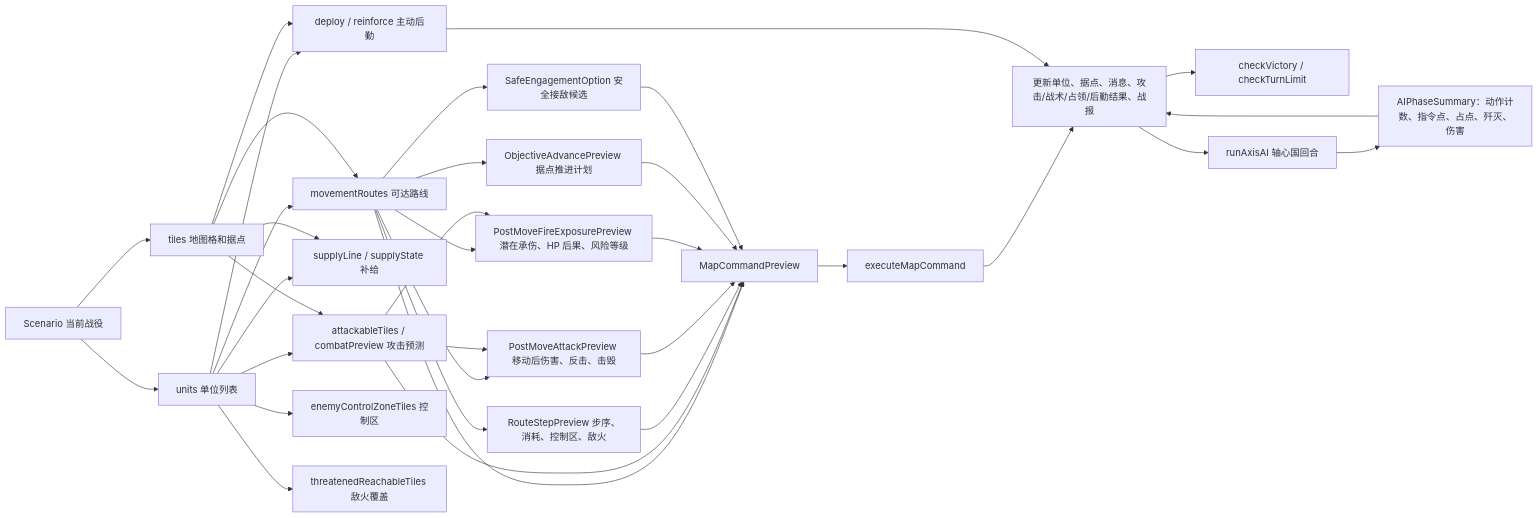
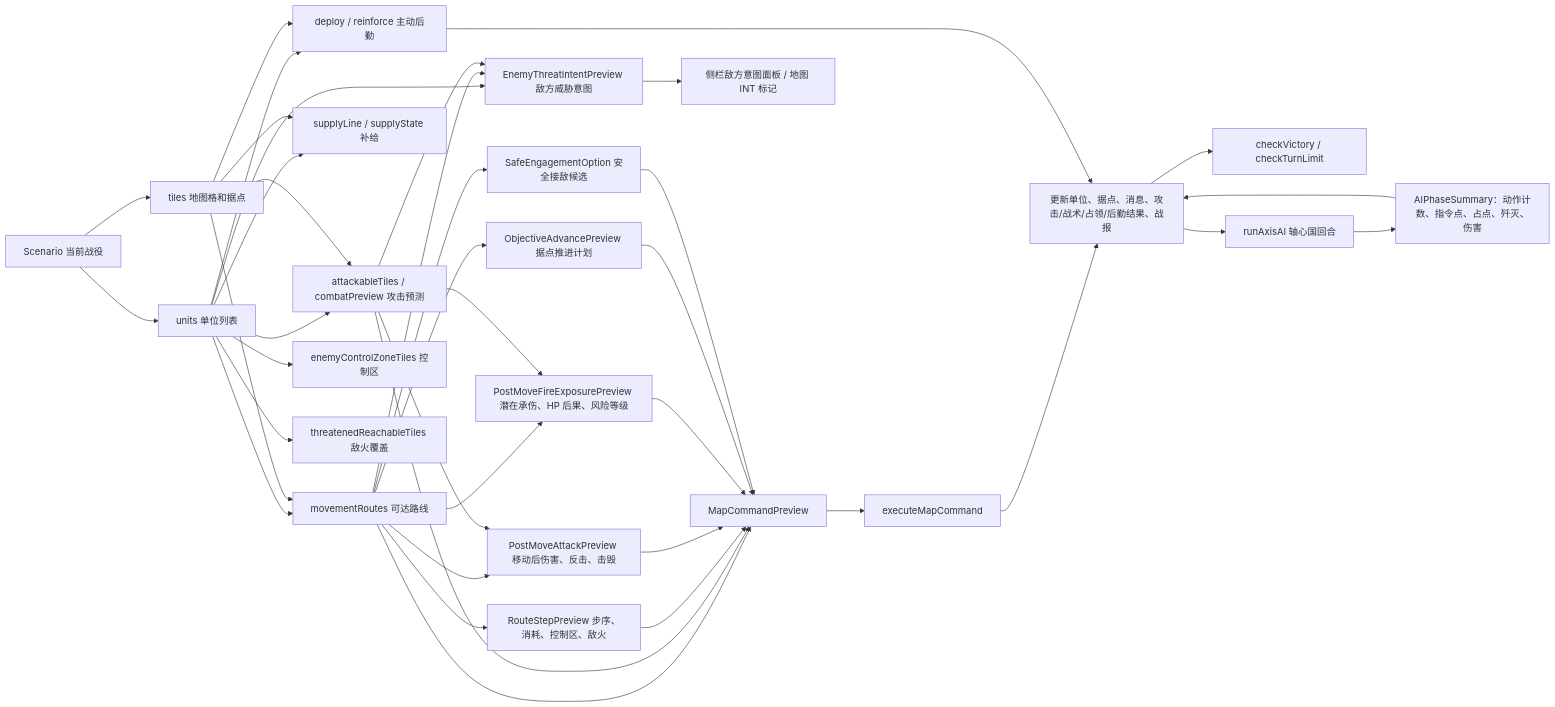
One commit to Altman-sam114/116 changed the third of 5 diagrams in md/flow/flowchart.md. Above: the diagram before and after it, drawn with Mermaid. The commit also changed other lines of this file and 10 other files, not shown here.

Commit message:
v1.10: 增强敌方威胁意图预判

````diff
--- a/md/flow/flowchart.md
+++ b/md/flow/flowchart.md
@@ -53,36 +55,40 @@
 ```mermaid
 flowchart LR
   S["Scenario 当前战役"] --> U["units 单位列表"]
   S --> T["tiles 地图格和据点"]
   U --> MV["movementRoutes 可达路线"]
   T --> MV
   U --> AT["attackableTiles / combatPreview 攻击预测"]
   T --> AT
   U --> SUP["supplyLine / supplyState 补给"]
   T --> SUP
   U --> LOG["deploy / reinforce 主动后勤"]
   T --> LOG
   U --> ZOC["enemyControlZoneTiles 控制区"]
   U --> THR["threatenedReachableTiles 敌火覆盖"]
+  U --> INT["EnemyThreatIntentPreview 敌方威胁意图"]
   MV --> RP["RouteStepPreview 步序、消耗、控制区、敌火"]
   MV --> PM["PostMoveAttackPreview 移动后伤害、反击、击毁"]
   MV --> FP["PostMoveFireExposurePreview 潜在承伤、HP 后果、风险等级"]
   MV --> OP["ObjectiveAdvancePreview 据点推进计划"]
   MV --> SE["SafeEngagementOption 安全接敌候选"]
+  MV --> INT
   AT --> PM
   AT --> FP
+  AT --> INT
   MV --> CMD["MapCommandPreview"]
   AT --> CMD
   RP --> CMD
   PM --> CMD
   FP --> CMD
   OP --> CMD
   SE --> CMD
   CMD --> EX["executeMapCommand"]
   EX --> RES["更新单位、据点、消息、攻击/战术/占领/后勤结果、战报"]
   LOG --> RES
   RES --> WIN["checkVictory / checkTurnLimit"]
   RES --> AI["runAxisAI 轴心国回合"]
   AI --> AIS["AIPhaseSummary：动作计数、指令点、占点、歼灭、伤害"]
   AIS --> RES
+  INT --> UI["侧栏敌方意图面板 / 地图 INT 标记"]
 ```
````
